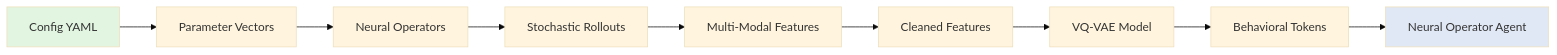
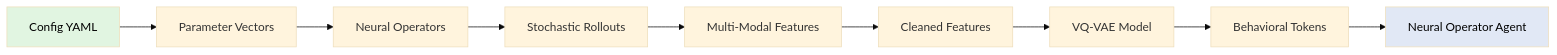
The second of 2 diagrams in docs/architecture.md (dgabriele/spinlock), drawn with Mermaid (base theme) before and after one commit. The commit also changed 3 other files, not shown here.

````diff
--- a/docs/architecture.md
+++ b/docs/architecture.md
@@ -160,14 +160,14 @@
 ```mermaid
 flowchart LR
     Config[Config YAML] --> Params[Parameter Vectors]
     Params --> Operators[Neural Operators]
     Operators --> Rollouts[Stochastic Rollouts]
     Rollouts --> Features[Multi-Modal Features]
     Features --> Cleaned[Cleaned Features]
     Cleaned --> VQVAE[VQ-VAE Model]
     VQVAE --> Tokens[Behavioral Tokens]
     Tokens --> NOA[Neural Operator Agent]
 
-    style Config fill:#e1f5e1
-    style NOA fill:#e1e8f5
+    style Config fill:#e1f5e1,color:#000
+    style NOA fill:#e1e8f5,color:#000
 ```
````
